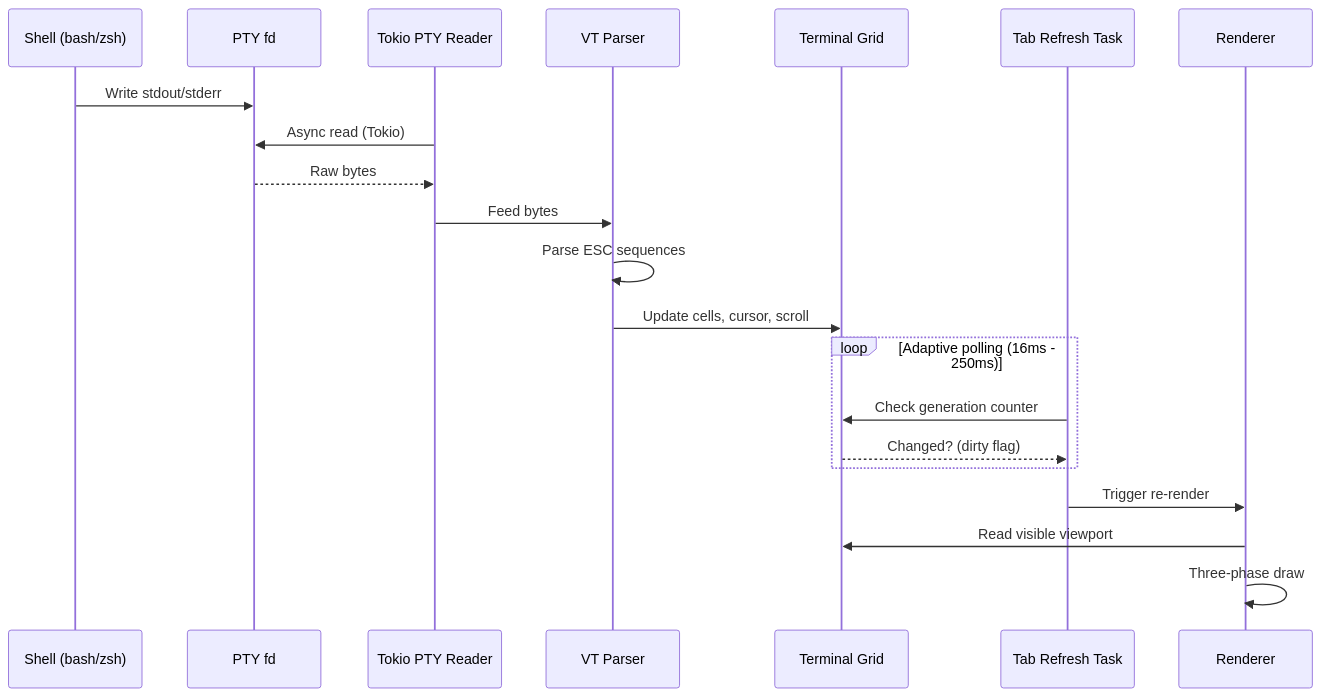
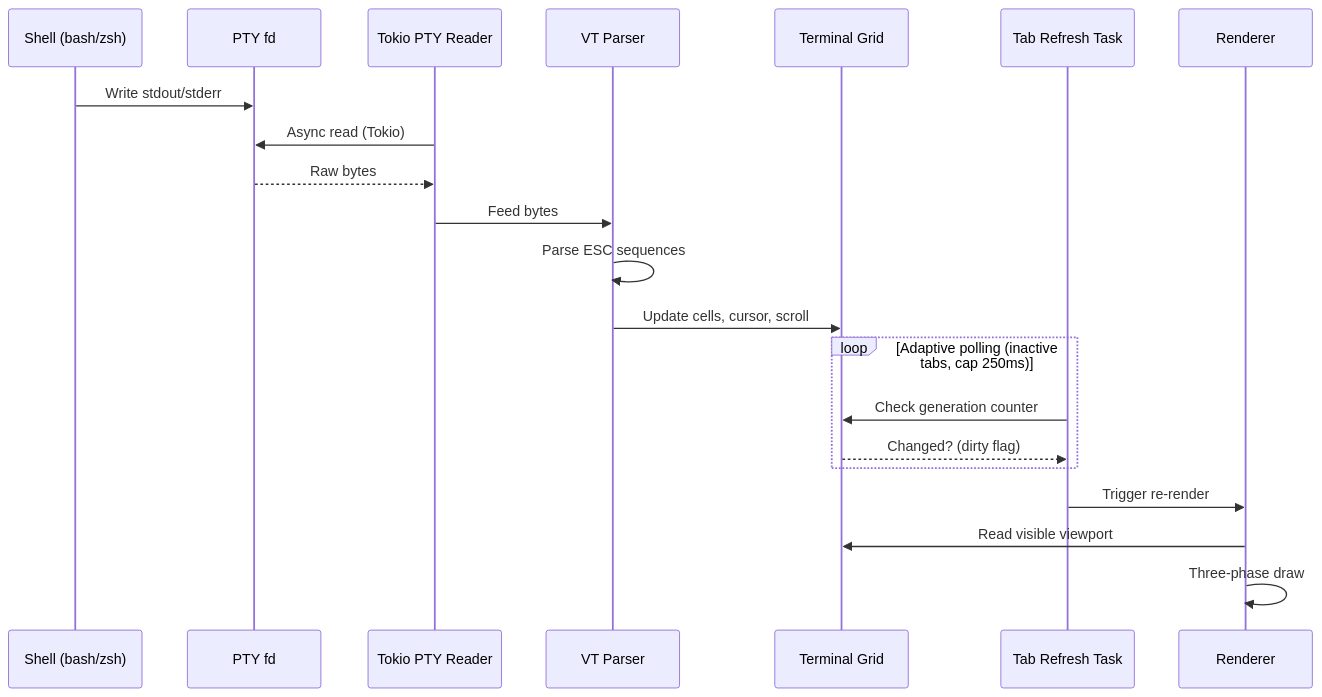
One commit to paulrobello/par-term changed the fifth of 7 diagrams in docs/architecture/ARCHITECTURE.md. Above: the diagram before and after it, drawn with Mermaid. The commit also changed other lines of this file and 39 other files, not shown here.

````diff
--- a/docs/architecture/ARCHITECTURE.md
+++ b/docs/architecture/ARCHITECTURE.md
@@ -402,26 +403,26 @@
 ```mermaid
 sequenceDiagram
     participant Shell as Shell (bash/zsh)
     participant PTY as PTY fd
     participant Reader as Tokio PTY Reader
     participant Core as VT Parser
     participant Grid as Terminal Grid
     participant Poll as Tab Refresh Task
     participant Render as Renderer
 
     Shell->>PTY: Write stdout/stderr
     Reader->>PTY: Async read (Tokio)
     PTY-->>Reader: Raw bytes
     Reader->>Core: Feed bytes
     Core->>Core: Parse ESC sequences
     Core->>Grid: Update cells, cursor, scroll
 
-    loop Adaptive polling (16ms - 250ms)
+    loop Adaptive polling (inactive tabs, cap 250ms)
         Poll->>Grid: Check generation counter
         Grid-->>Poll: Changed? (dirty flag)
     end
 
     Poll->>Render: Trigger re-render
     Render->>Grid: Read visible viewport
     Render->>Render: Three-phase draw
 ```
````
